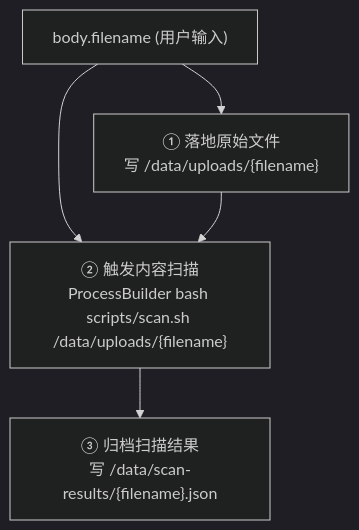
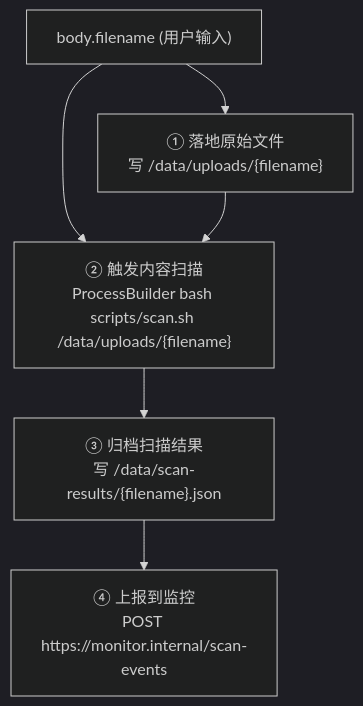
One commit to gcf0082/biz-flow-recon changed the diagram in templates/default.md. Above: the diagram before and after it, drawn with Mermaid (dark theme). The commit also changed other lines of this file and 1 other file, not shown here.

````diff
--- a/templates/default.md
+++ b/templates/default.md
@@ -24,7 +24,8 @@
 ```mermaid
 flowchart TD
     IN["body.filename (用户输入)"] --> WRITE["① 落地原始文件<br/>写 /data/uploads/{filename}"]
     IN --> SCAN
     WRITE --> SCAN["② 触发内容扫描<br/>ProcessBuilder bash scripts/scan.sh /data/uploads/{filename}"]
-    SCAN --> RESULT["③ 归档扫描结果<br/>写 /data/scan-results/{filename}.json"]
+    SCAN --> ARCHIVE["③ 归档扫描结果<br/>写 /data/scan-results/{filename}.json"]
+    ARCHIVE --> REPORT["④ 上报到监控<br/>POST https://monitor.internal/scan-events"]
 ```
````
